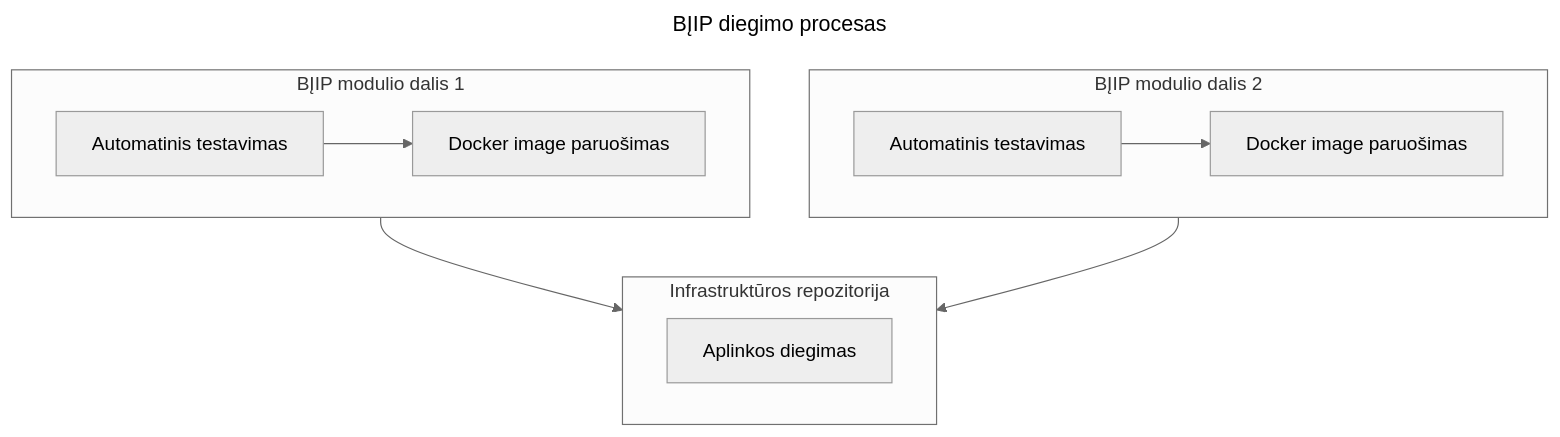
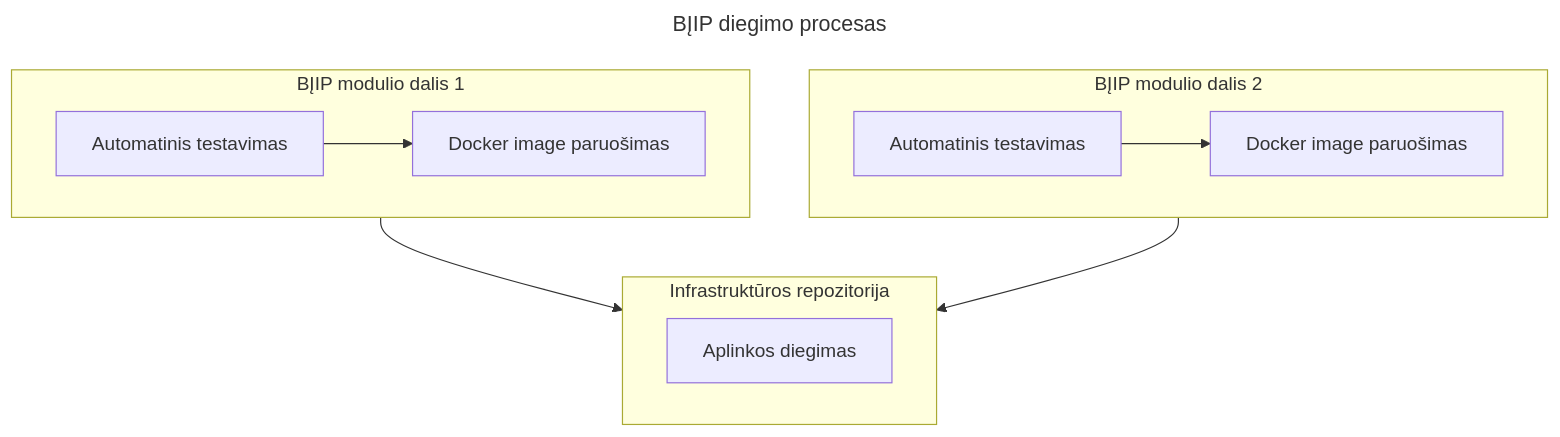
One commit to AplinkosMinisterija/biip-docs changed the diagram in src/technine-informacija.md. Above: the diagram before and after it, drawn with Mermaid. The commit also changed other lines of this file, not shown here.

````diff
--- a/src/technine-informacija.md
+++ b/src/technine-informacija.md
@@ -56,18 +57,17 @@
 ```mermaid
 ---
 title: BĮIP diegimo procesas
 ---
-%%{init: {'theme':'neutral'}}%%
 flowchart TD
     subgraph app1["BĮIP modulio dalis 1"]
         a1["Automatinis testavimas"] --> a2["Docker image paruošimas"]
     end
     subgraph app2["BĮIP modulio dalis 2"]
         b1["Automatinis testavimas"] --> b2["Docker image paruošimas"]
     end
     subgraph infra["Infrastruktūros repozitorija"]
         i1["Aplinkos diegimas"]
     end
     app1 --> infra
     app2 --> infra
 ```
````
